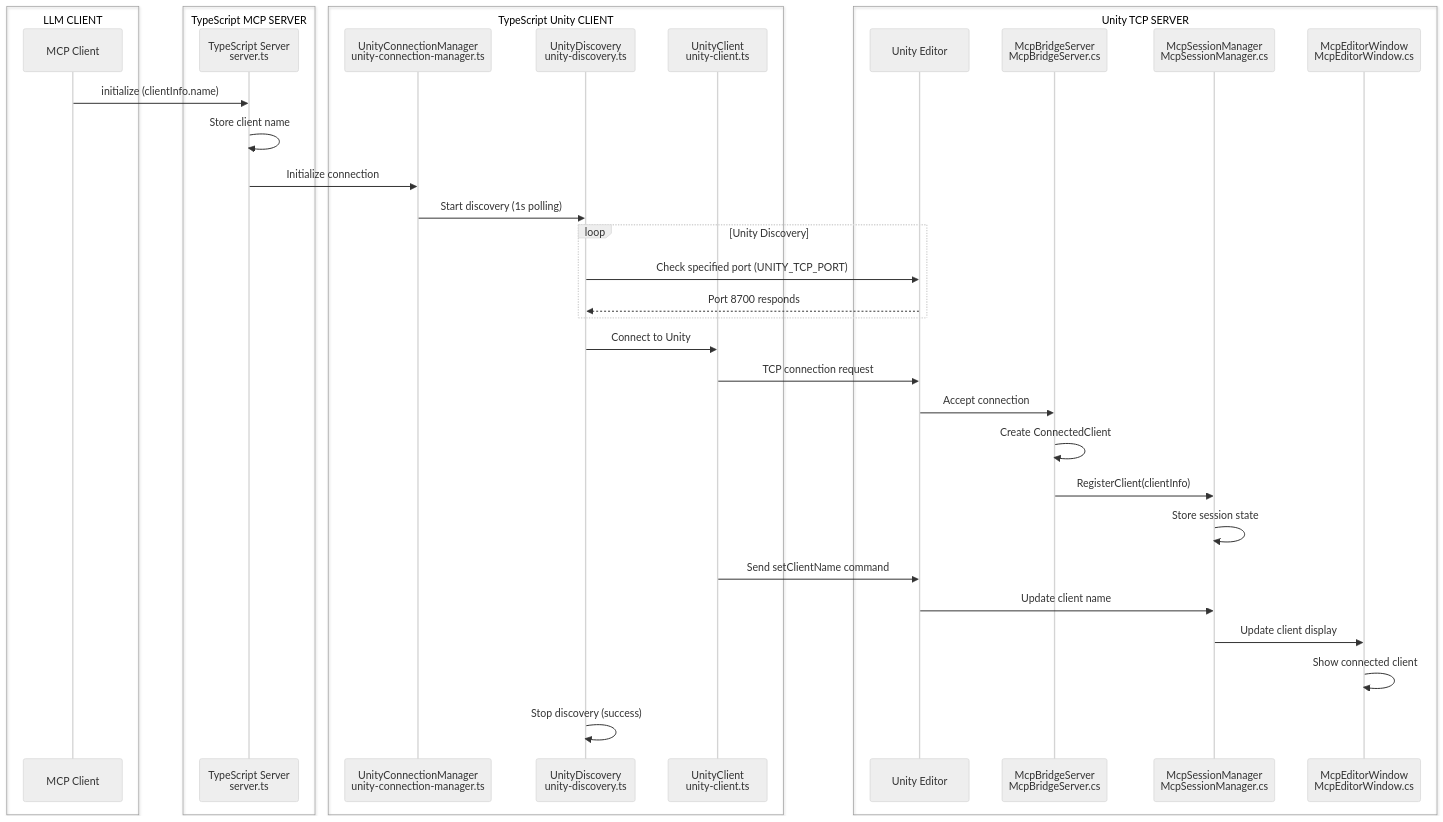
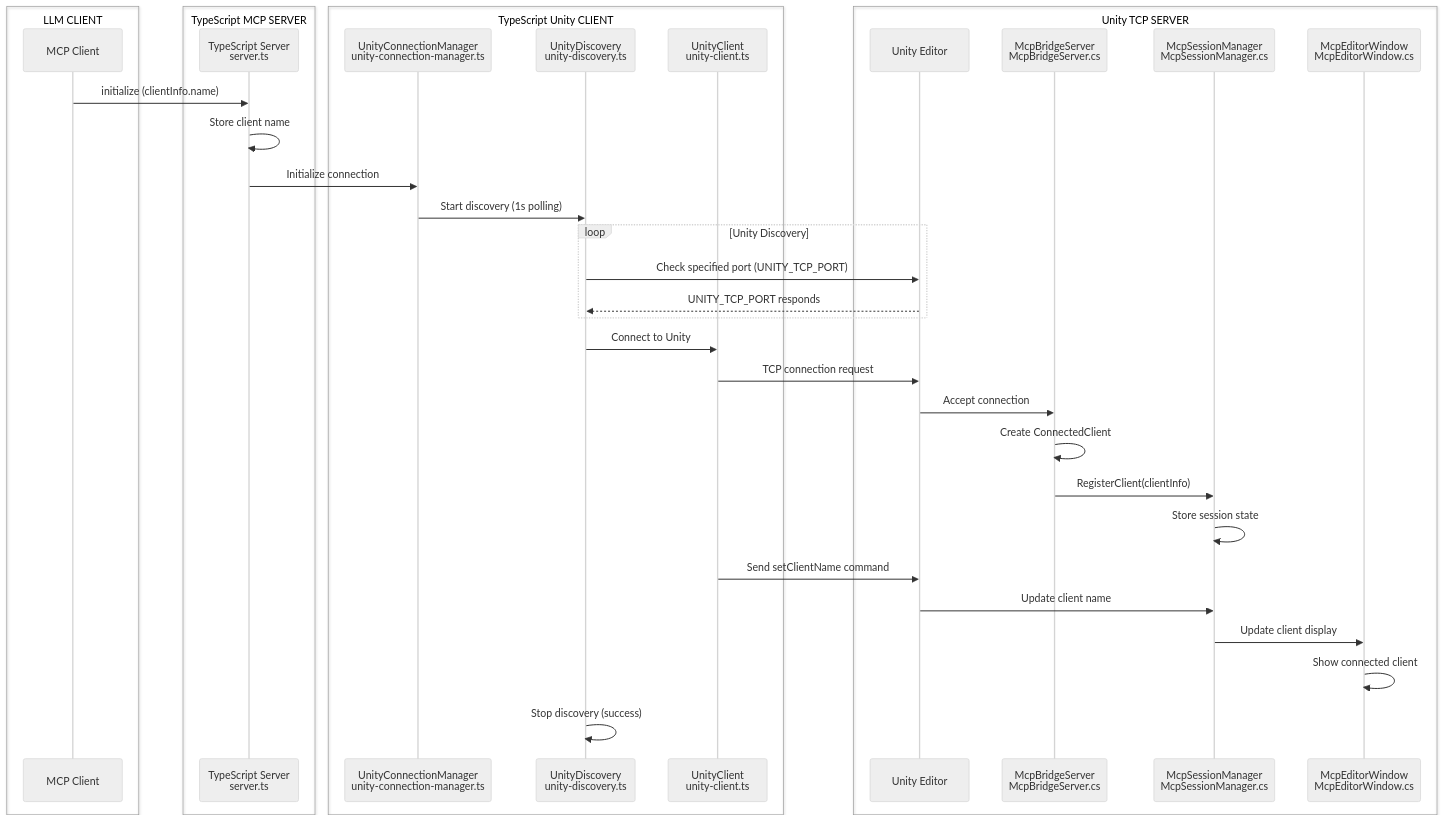
The ninth of 16 diagrams in Packages/src/ARCHITECTURE.md (hatayama/uLoopMCP), drawn with Mermaid (neutral theme) before and after one commit. The commit also changed other lines of this file and 1 other file, not shown here.

First line of the commit message:
docs: replace hardcoded port references with UNITY_TCP_PORT in diagrams

````diff
--- a/Packages/src/ARCHITECTURE.md
+++ b/Packages/src/ARCHITECTURE.md
@@ -782,47 +782,47 @@
 ```mermaid
 sequenceDiagram
     box LLM CLIENT
     participant MCP as MCP Client
     end
     
     box TypeScript MCP SERVER
     participant TS as TypeScript Server<br/>server.ts
     end
     
     box TypeScript Unity CLIENT
     participant UCM as UnityConnectionManager<br/>unity-connection-manager.ts
     participant UD as UnityDiscovery<br/>unity-discovery.ts
     participant UC as UnityClient<br/>unity-client.ts
     end
     
     box Unity TCP SERVER
     participant Unity as Unity Editor
     participant MB as McpBridgeServer<br/>McpBridgeServer.cs
     participant SM as McpSessionManager<br/>McpSessionManager.cs
     participant UI as McpEditorWindow<br/>McpEditorWindow.cs
     end
     
     MCP->>TS: initialize (clientInfo.name)
     TS->>TS: Store client name
     TS->>UCM: Initialize connection
     UCM->>UD: Start discovery (1s polling)
     
     loop Unity Discovery
         UD->>Unity: Check specified port (UNITY_TCP_PORT)
-        Unity-->>UD: Port 8700 responds
+        Unity-->>UD: UNITY_TCP_PORT responds
     end
     
     UD->>UC: Connect to Unity
     UC->>Unity: TCP connection request
     Unity->>MB: Accept connection
     MB->>MB: Create ConnectedClient
     MB->>SM: RegisterClient(clientInfo)
     SM->>SM: Store session state
     
     UC->>Unity: Send setClientName command
     Unity->>SM: Update client name
     SM->>UI: Update client display
     UI->>UI: Show connected client
     
     UD->>UD: Stop discovery (success)
 ```
````
